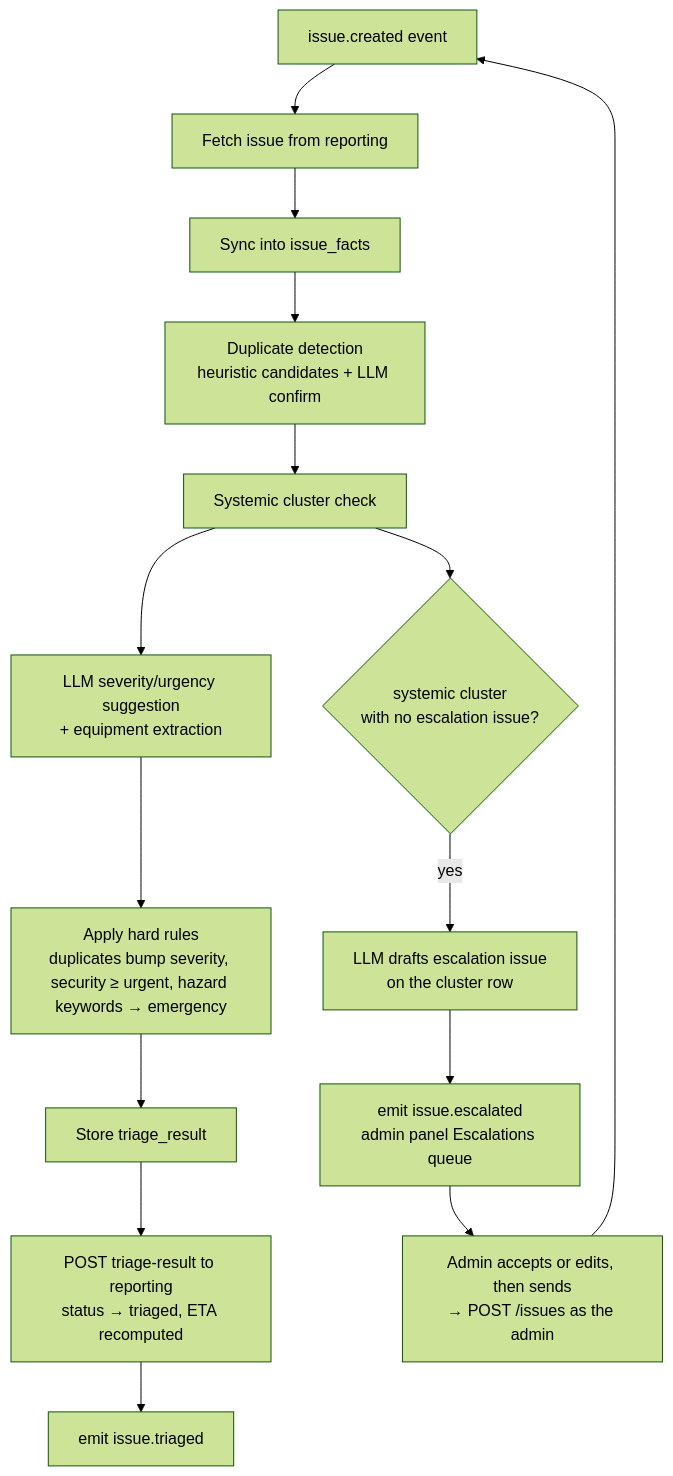
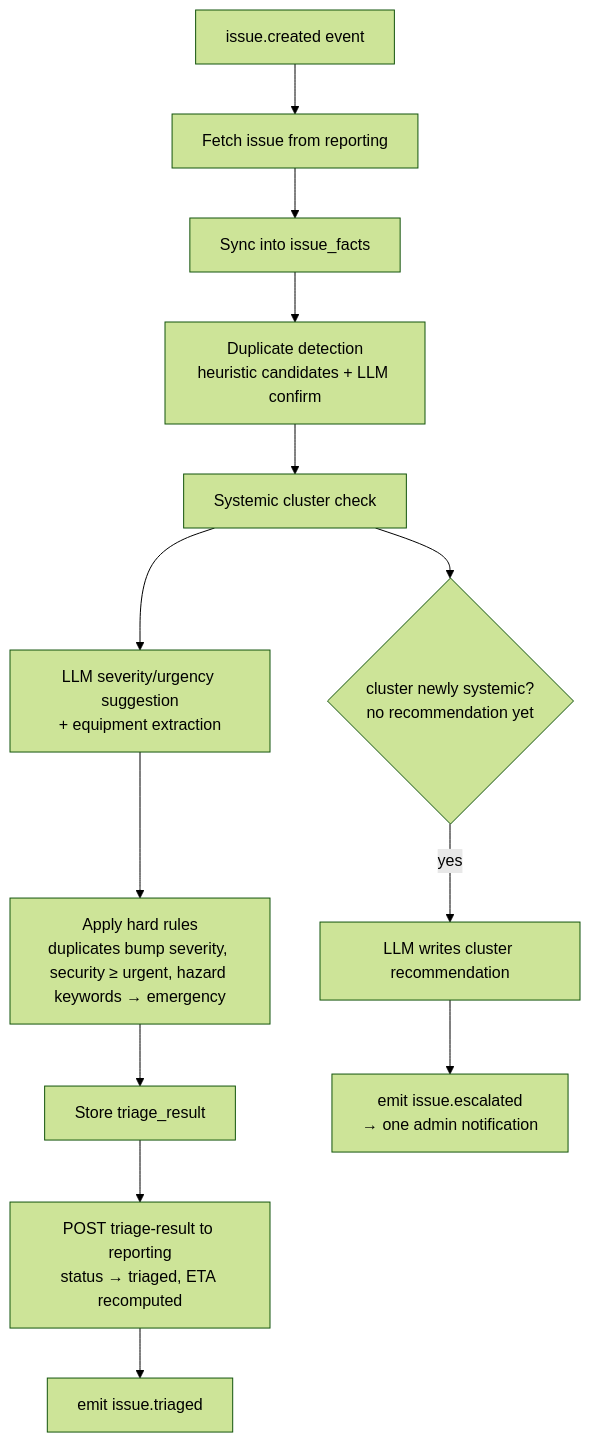
One commit to DeYuanChong/Incube2026_Grp3 changed the second of 2 diagrams in docs/05-triage-analytics.md. Above: the diagram before and after it, drawn with Mermaid (forest theme). The commit also changed other lines of this file and 7 other files, not shown here.

````diff
--- a/docs/05-triage-analytics.md
+++ b/docs/05-triage-analytics.md
@@ -135,17 +157,15 @@
 ```mermaid
 flowchart TD
     A[issue.created event] --> B[Fetch issue from reporting]
     B --> C[Sync into issue_facts]
     C --> D[Duplicate detection<br/>heuristic candidates + LLM confirm]
     D --> E[Systemic cluster check]
     E --> F[LLM severity/urgency suggestion<br/>+ equipment extraction]
     F --> G[Apply hard rules<br/>duplicates bump severity, security ≥ urgent, hazard keywords → emergency]
     G --> H[Store triage_result]
     H --> I[POST triage-result to reporting<br/>status → triaged, ETA recomputed]
     I --> J[emit issue.triaged]
-    E --> K{systemic cluster<br/>with no escalation issue?}
-    K -- yes --> L[LLM drafts escalation issue<br/>on the cluster row]
-    L --> M[emit issue.escalated<br/>admin panel Escalations queue]
-    M --> N[Admin accepts or edits, then sends<br/>→ POST /issues as the admin]
-    N --> A
+    E --> K{cluster newly systemic?<br/>no recommendation yet}
+    K -- yes --> L[LLM writes cluster recommendation]
+    L --> M[emit issue.escalated<br/>→ one admin notification]
 ```
````
